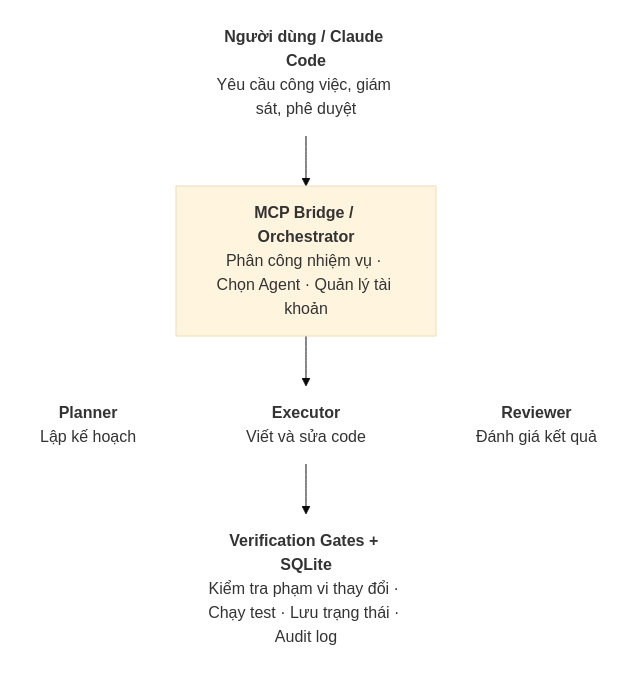
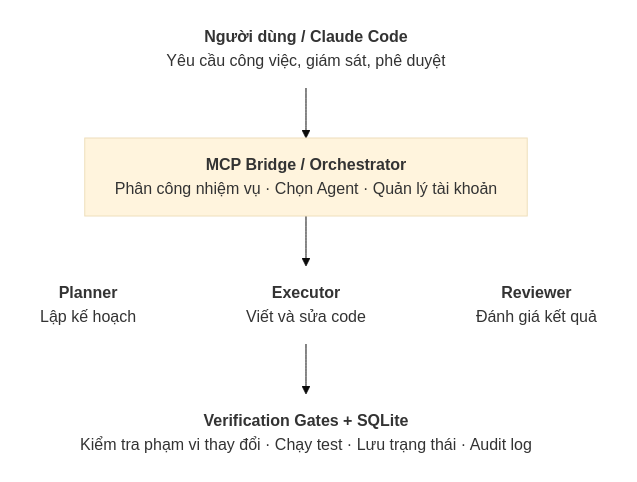
The first of 2 diagrams in README.vi.md (leetuanbmt/agent-orchestration-kit), drawn with Mermaid (base theme) before and after one commit. The commit also changed 1 other file, not shown here.

Commit message:
stop GitHub's mermaid from wrapping the architecture labels

````diff
--- a/README.vi.md
+++ b/README.vi.md
@@ -79,20 +79,21 @@
 ```mermaid
+%%{init: {"flowchart": {"wrappingWidth": 600}}}%%
 flowchart TB
     user["<b>Người dùng / Claude Code</b><br/>Yêu cầu công việc, giám sát, phê duyệt"]
     bridge["<b>MCP Bridge / Orchestrator</b><br/>Phân công nhiệm vụ · Chọn Agent · Quản lý tài khoản"]
     planner["<b>Planner</b><br/>Lập kế hoạch"]
     executor["<b>Executor</b><br/>Viết và sửa code"]
     reviewer["<b>Reviewer</b><br/>Đánh giá kết quả"]
     gates["<b>Verification Gates + SQLite</b><br/>Kiểm tra phạm vi thay đổi · Chạy test · Lưu trạng thái · Audit log"]
 
     user --> bridge
     bridge ~~~ planner
     bridge --> executor
     bridge ~~~ reviewer
     planner ~~~ gates
     executor --> gates
     reviewer ~~~ gates
 
     classDef plain fill:none,stroke:none
     class user,planner,executor,reviewer,gates plain
 ```
````
